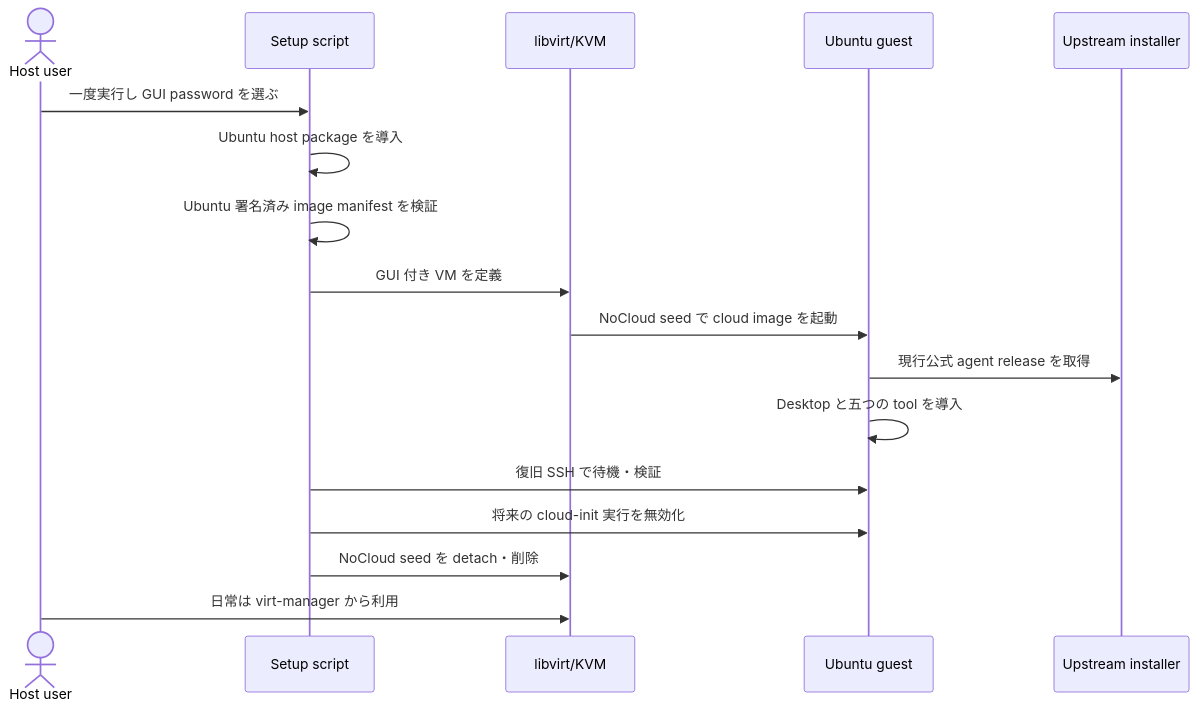
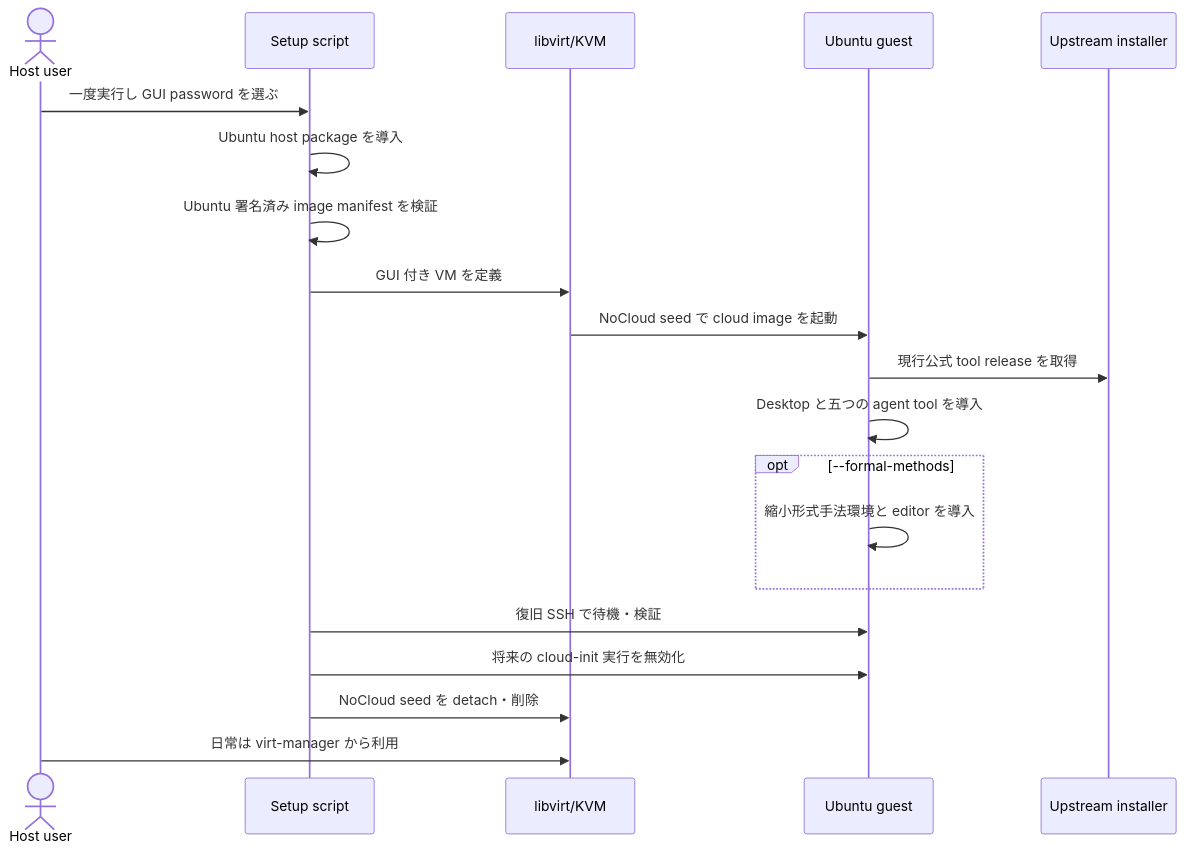
One commit to yutakang/agent-vm changed the diagram in docs/design_jp.md. Above: the diagram before and after it, drawn with Mermaid. The commit also changed other lines of this file and 14 other files, not shown here.

````diff
--- a/docs/design_jp.md
+++ b/docs/design_jp.md
@@ -23,20 +23,23 @@
 ```mermaid
 sequenceDiagram
     actor U as Host user
     participant S as Setup script
     participant L as libvirt/KVM
     participant G as Ubuntu guest
     participant P as Upstream installer
 
     U->>S: 一度実行し GUI password を選ぶ
     S->>S: Ubuntu host package を導入
     S->>S: Ubuntu 署名済み image manifest を検証
     S->>L: GUI 付き VM を定義
     L->>G: NoCloud seed で cloud image を起動
-    G->>P: 現行公式 agent release を取得
-    G->>G: Desktop と五つの tool を導入
+    G->>P: 現行公式 tool release を取得
+    G->>G: Desktop と五つの agent tool を導入
+    opt --formal-methods
+        G->>G: 縮小形式手法環境と editor を導入
+    end
     S->>G: 復旧 SSH で待機・検証
     S->>G: 将来の cloud-init 実行を無効化
     S->>L: NoCloud seed を detach・削除
     U->>L: 日常は virt-manager から利用
 ```
````
